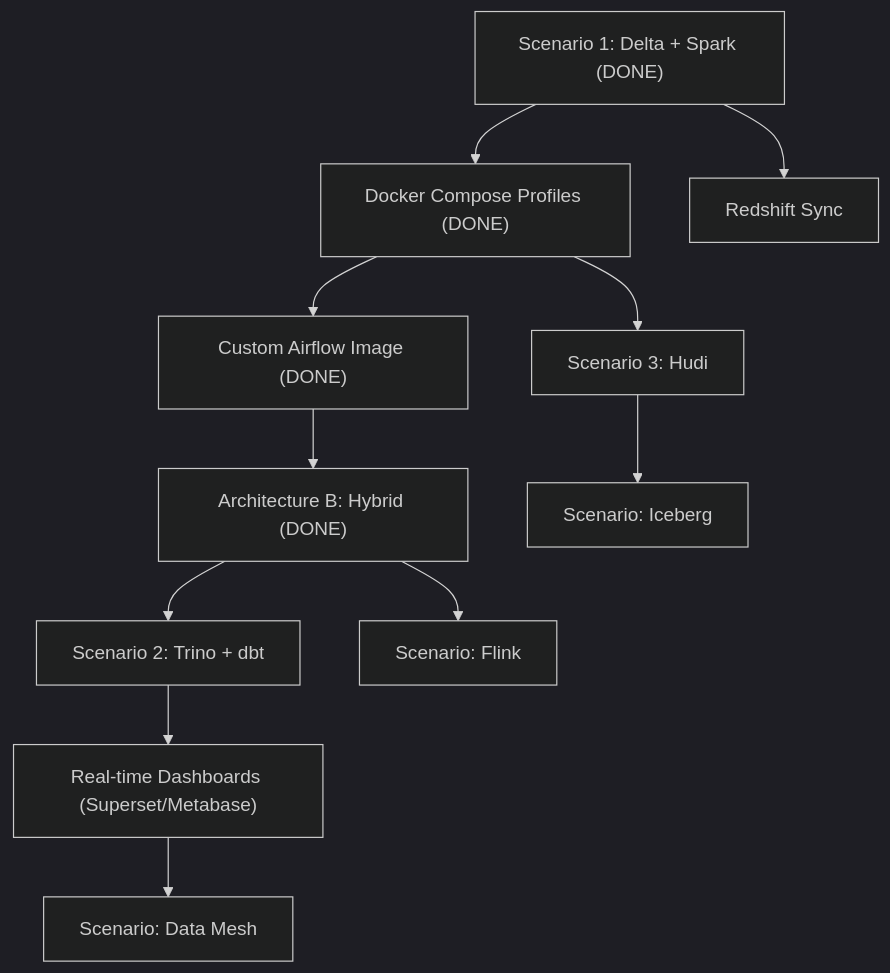
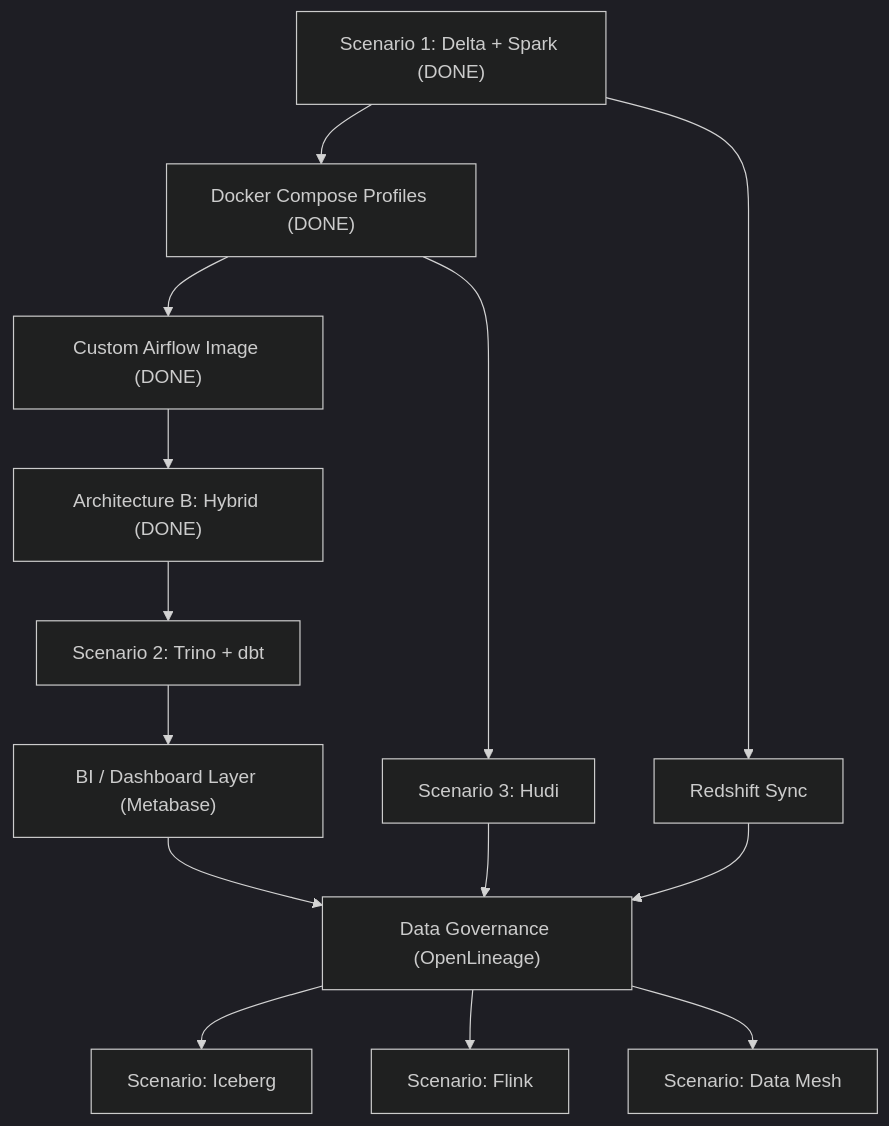
The fourth of 4 diagrams in docs/roadmap.md (rafaelspecta/user-behavior-analytics), drawn with Mermaid (dark theme) before and after one commit. The commit also changed other lines of this file, not shown here.

Commit message:
expanding the roadmap

````diff
--- a/docs/roadmap.md
+++ b/docs/roadmap.md
@@ -344,13 +383,16 @@
 ```mermaid
 graph TD
     Current["Scenario 1: Delta + Spark (DONE)"] --> Profiles["Docker Compose Profiles (DONE)"]
     Profiles --> CustomAirflow["Custom Airflow Image (DONE)"]
     CustomAirflow --> HybridB["Architecture B: Hybrid (DONE)"]
     HybridB --> S2["Scenario 2: Trino + dbt"]
+    S2 --> BI["BI / Dashboard Layer (Metabase)"]
     Profiles --> S3["Scenario 3: Hudi"]
-    S2 --> Dashboards["Real-time Dashboards (Superset/Metabase)"]
-    S3 --> Iceberg["Scenario: Iceberg"]
     Current --> Redshift["Redshift Sync"]
-    HybridB --> Flink["Scenario: Flink"]
-    Dashboards --> DataMesh["Scenario: Data Mesh"]
+    BI --> Lineage["Data Governance (OpenLineage)"]
+    S3 --> Lineage
+    Redshift --> Lineage
+    Lineage --> Iceberg["Scenario: Iceberg"]
+    Lineage --> Flink["Scenario: Flink"]
+    Lineage --> DataMesh["Scenario: Data Mesh"]
 ```
````
